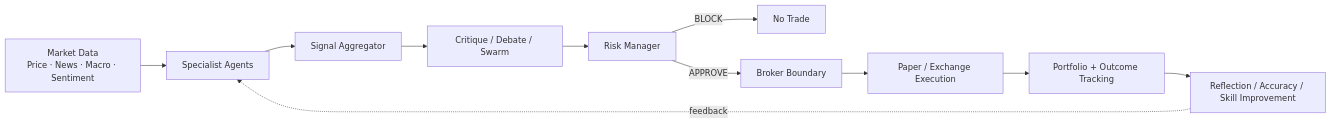
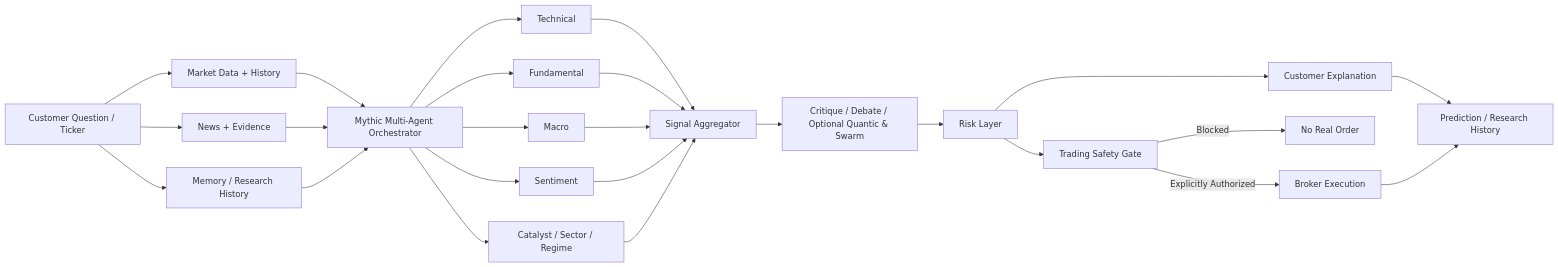
Before and after one commit to logeshv586-code/AITradra: the first of 4 diagrams in README.md, drawn with Mermaid. The commit also changed other lines of this file, not shown here.

Commit message:
docs: refresh README for customer market experience

````diff
--- a/README.md
+++ b/README.md
@@ -61,13 +110,32 @@
 ```mermaid
 flowchart LR
-    A[Market Data\nPrice · News · Macro · Sentiment] --> B[Specialist Agents]
-    B --> C[Signal Aggregator]
-    C --> D[Critique / Debate / Swarm]
-    D --> E[Risk Manager]
-    E -->|BLOCK| X[No Trade]
-    E -->|APPROVE| F[Broker Boundary]
-    F --> G[Paper / Exchange Execution]
-    G --> H[Portfolio + Outcome Tracking]
-    H --> I[Reflection / Accuracy / Skill Improvement]
-    I -. feedback .-> B
+    U[Customer Question / Ticker] --> D[Market Data + History]
+    U --> N[News + Evidence]
+    U --> M[Memory / Research History]
+
+    D --> O[Mythic Multi-Agent Orchestrator]
+    N --> O
+    M --> O
+
+    O --> T[Technical]
+    O --> F[Fundamental]
+    O --> MA[Macro]
+    O --> S[Sentiment]
+    O --> C[Catalyst / Sector / Regime]
+
+    T --> A[Signal Aggregator]
+    F --> A
+    MA --> A
+    S --> A
+    C --> A
+
+    A --> Q[Critique / Debate / Optional Quantic & Swarm]
+    Q --> R[Risk Layer]
+    R --> X[Customer Explanation]
+    R --> G[Trading Safety Gate]
+    G -->|Blocked| B[No Real Order]
+    G -->|Explicitly Authorized| E[Broker Execution]
+
+    X --> H[Prediction / Research History]
+    E --> H
 ```
````
